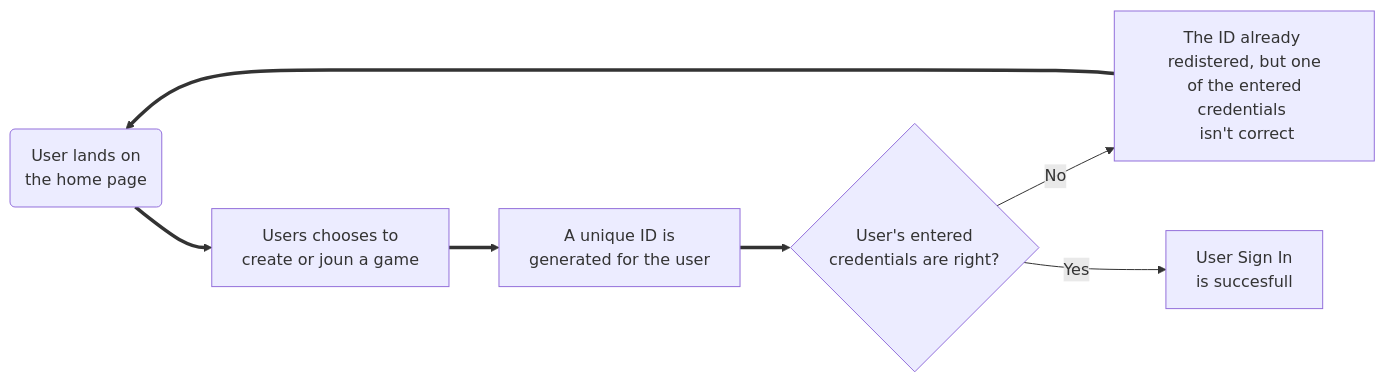
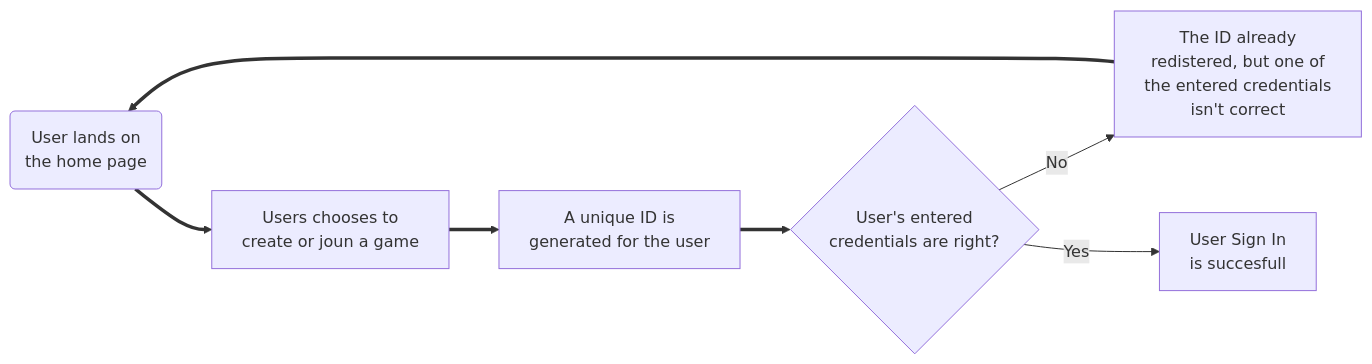
One commit to namanctrvd/Stocky changed the second of 3 diagrams in README.md. Above: the diagram before and after it, drawn with Mermaid. The commit also changed other lines of this file, not shown here.

Commit message:
flow chart improve

````diff
--- a/README.md
+++ b/README.md
@@ -47,9 +47,9 @@
 ``` mermaid
 flowchart LR
     A(User lands on </br> the home page) ==> B[Users chooses to </br> create or joun a game]
     B ==> C[A unique ID is </br> generated for the user]
     C ==> D{User's entered </br> credentials are right?}
-    D -->|No| E[The ID already </br> redistered, but one </br> of the entered credentials </br> isn't correct]
+    D -->|No| E[The ID already </br> redistered, but one of </br> the entered credentials </br> isn't correct]
     E ==> A
     D -->|Yes| F[User Sign In </br> is succesfull]
 ```
````
